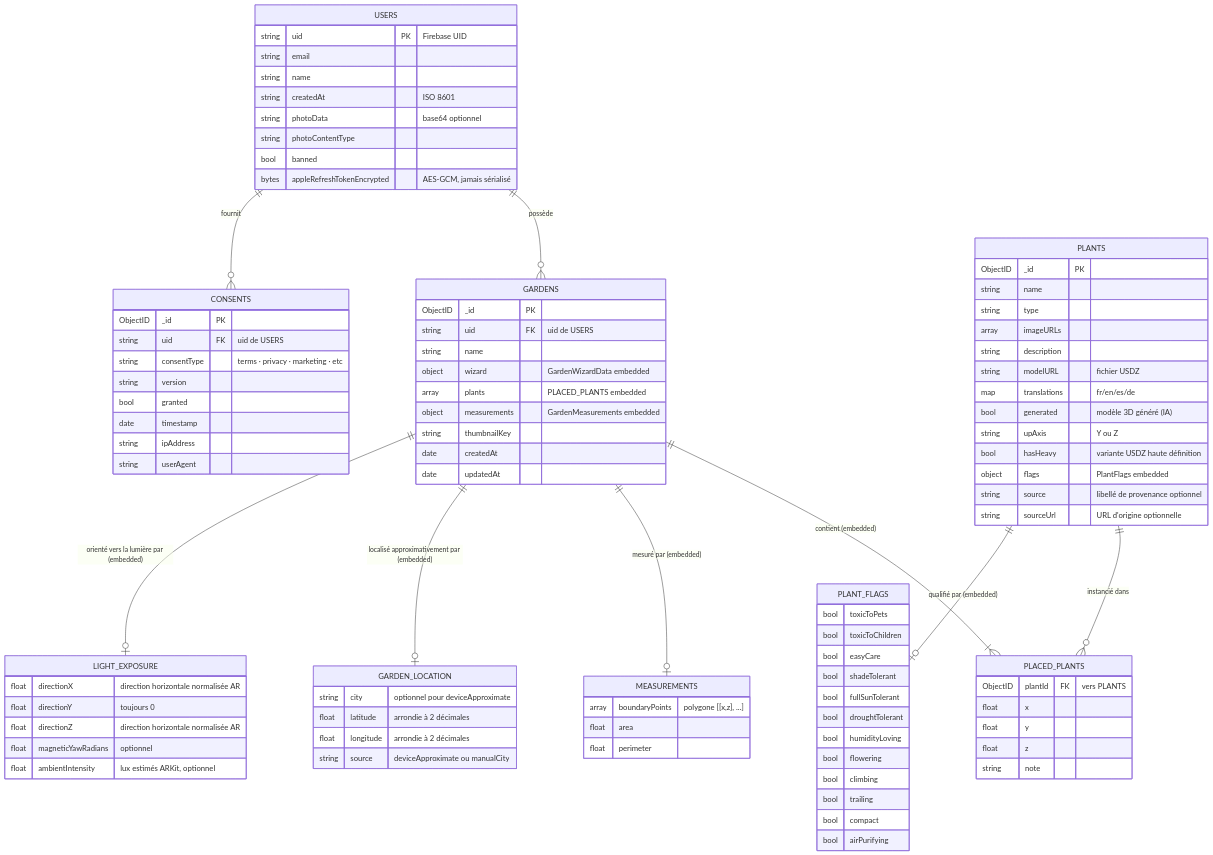
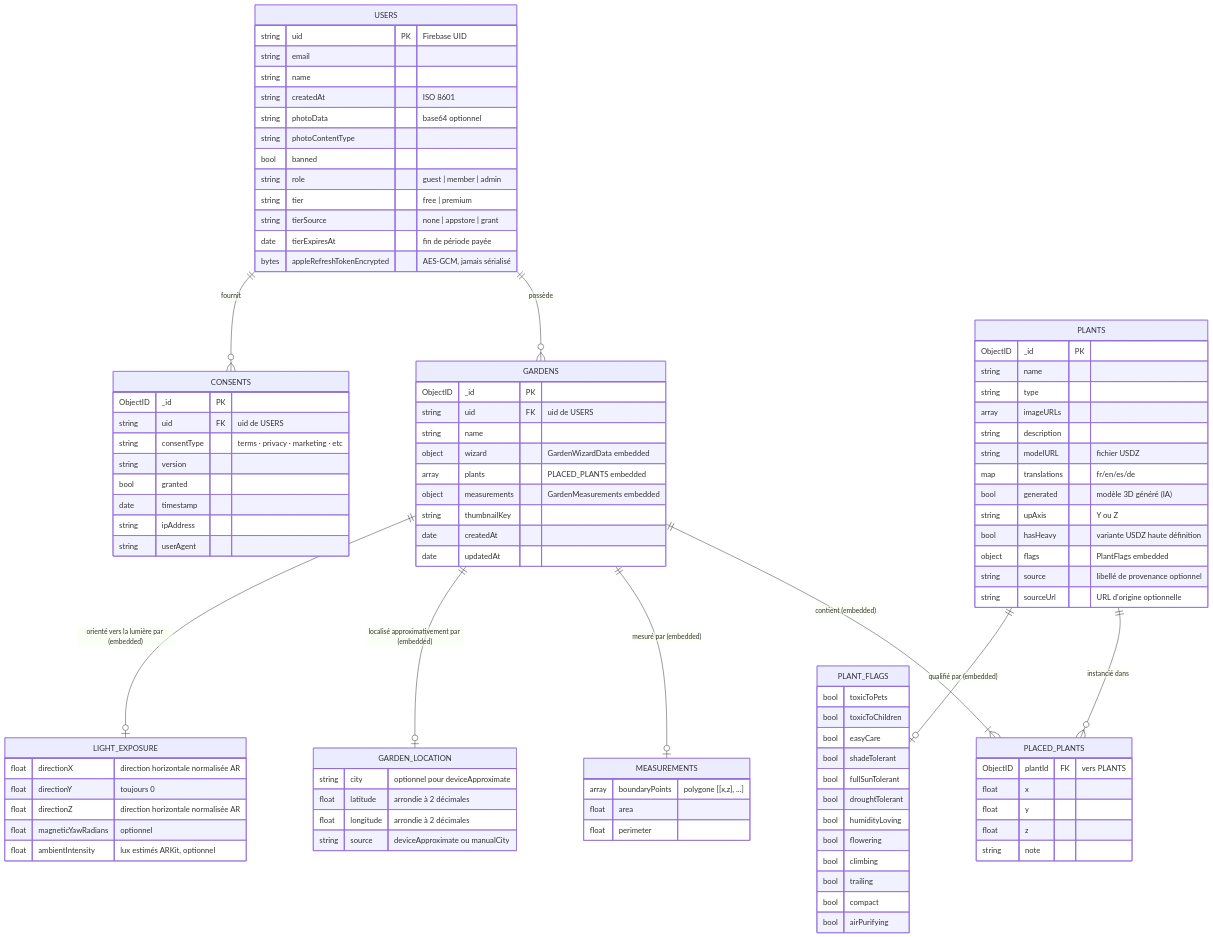
One commit to ArboreTeam/Arbore changed the diagram in docs/fr/architecture/04-data-model.md. Above: the diagram before and after it, drawn with Mermaid. The commit also changed other lines of this file and 3 other files, not shown here.

First line of the commit message:
docs: résorber le drift entre la doc d'architecture et l'état du backend

```diff
--- a/docs/fr/architecture/04-data-model.md
+++ b/docs/fr/architecture/04-data-model.md
@@ -27,6 +27,10 @@
         string photoData "base64 optionnel"
         string photoContentType
         bool   banned
+        string role "guest | member | admin"
+        string tier "free | premium"
+        string tierSource "none | appstore | grant"
+        date   tierExpiresAt "fin de période payée"
         bytes  appleRefreshTokenEncrypted "AES-GCM, jamais sérialisé"
     }
 
```
